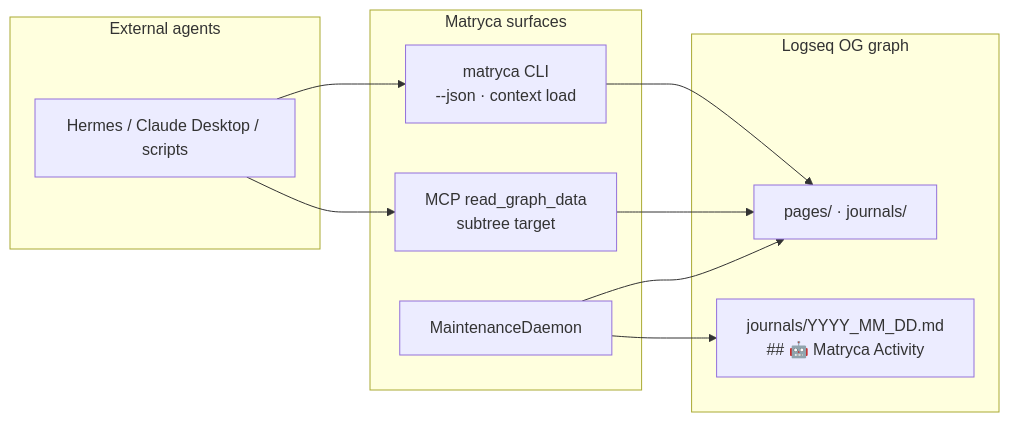
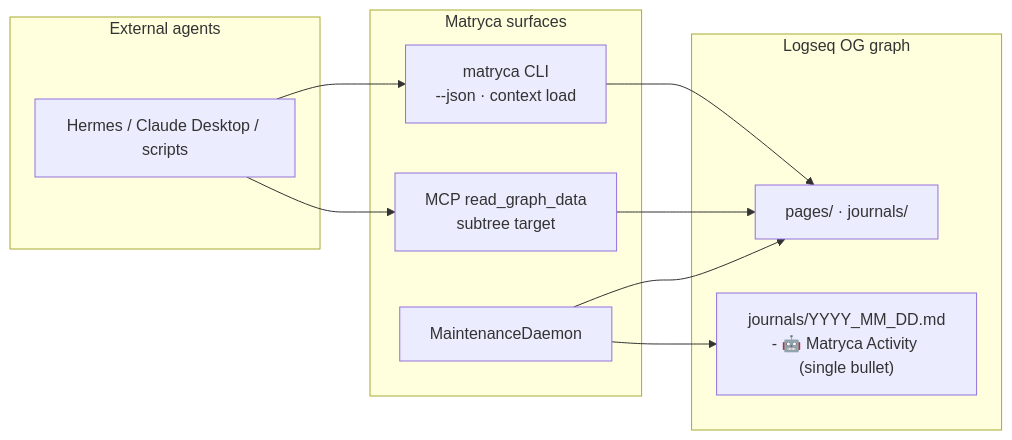
The first of 2 diagrams in docs/openspec/agent-dx.md (blackwolf225/matryca-plumber), drawn with Mermaid before and after one commit. The commit also changed other lines of this file and 20 other files, not shown here.

First line of the commit message:
refactor: consolidate Journey Log to a single cumulative bullet in daily journal

````diff
--- a/docs/openspec/agent-dx.md
+++ b/docs/openspec/agent-dx.md
@@ -16,24 +16,24 @@
 ```mermaid
 flowchart LR
   subgraph agents [External agents]
     H[Hermes / Claude Desktop / scripts]
   end
 
   subgraph surfaces [Matryca surfaces]
     CLI["matryca CLI\n--json · context load"]
     MCP["MCP read_graph_data\nsubtree target"]
     DAEMON[MaintenanceDaemon]
   end
 
   subgraph graph [Logseq OG graph]
     PAGES["pages/ · journals/"]
-    JOURNAL["journals/YYYY_MM_DD.md\n## 🤖 Matryca Activity"]
+    JOURNAL["journals/YYYY_MM_DD.md\n- 🤖 Matryca Activity (single bullet)"]
   end
 
   H --> CLI
   H --> MCP
   CLI --> PAGES
   MCP --> PAGES
   DAEMON --> PAGES
   DAEMON --> JOURNAL
 ```
````
